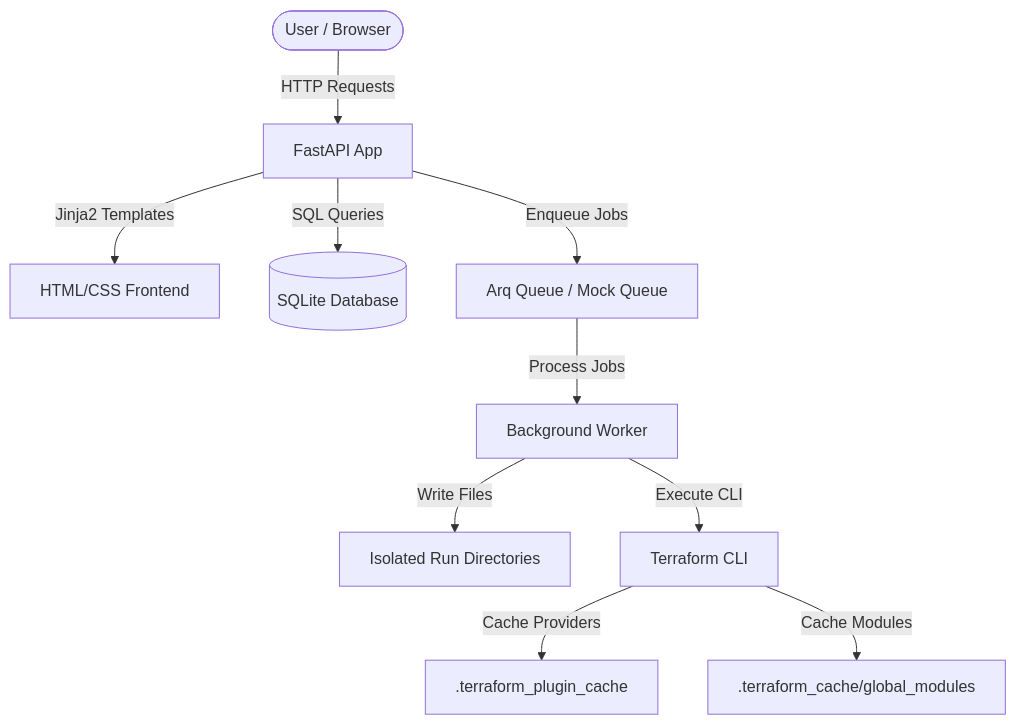
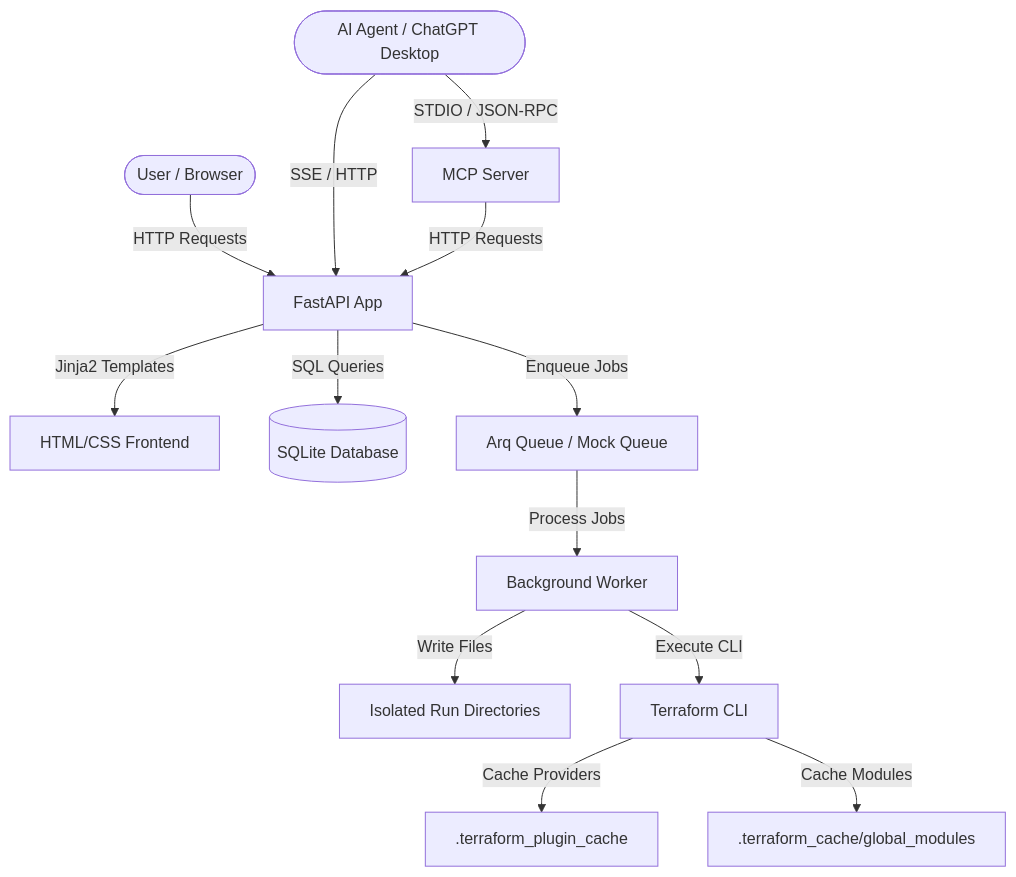
One commit to asadongit/tf-multicloud-app changed the diagram in docs/architecture.md. Above: the diagram before and after it, drawn with Mermaid. The commit also changed other lines of this file and 1 other file, not shown here.

````diff
--- a/docs/architecture.md
+++ b/docs/architecture.md
@@ -18,12 +19,15 @@
 ```mermaid
 graph TD
     User([User / Browser]) -->|HTTP Requests| FastAPI[FastAPI App]
+    AIAgent([AI Agent / ChatGPT Desktop]) -->|STDIO / JSON-RPC| MCPServer[MCP Server]
+    AIAgent -->|SSE / HTTP| FastAPI
+    MCPServer -->|HTTP Requests| FastAPI
     FastAPI -->|Jinja2 Templates| HTML[HTML/CSS Frontend]
     FastAPI -->|SQL Queries| SQLite[(SQLite Database)]
     FastAPI -->|Enqueue Jobs| Queue[Arq Queue / Mock Queue]
     Queue -->|Process Jobs| Worker[Background Worker]
     Worker -->|Write Files| RunDir[Isolated Run Directories]
     Worker -->|Execute CLI| Terraform[Terraform CLI]
     Terraform -->|Cache Providers| ProviderCache[.terraform_plugin_cache]
     Terraform -->|Cache Modules| ModuleCache[.terraform_cache/global_modules]
 ```
````
